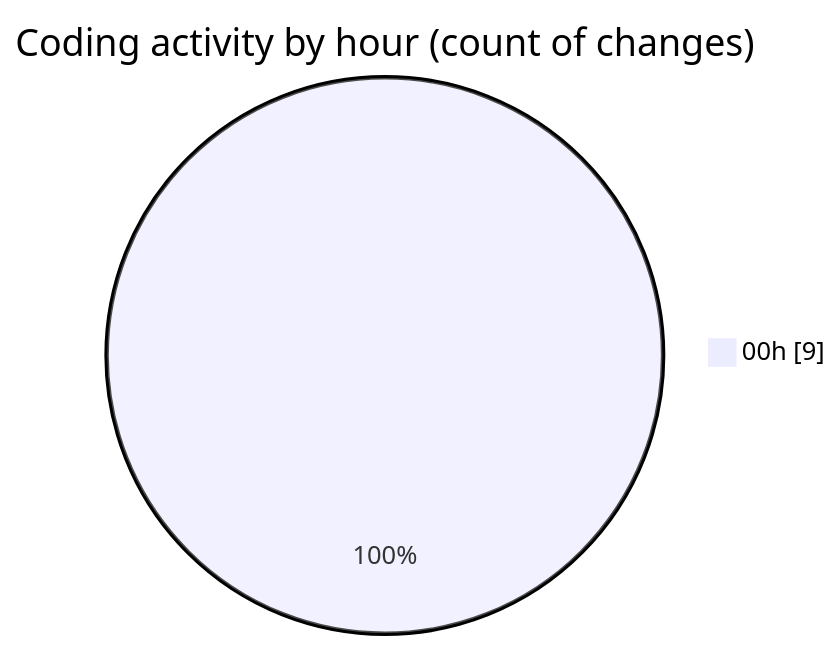
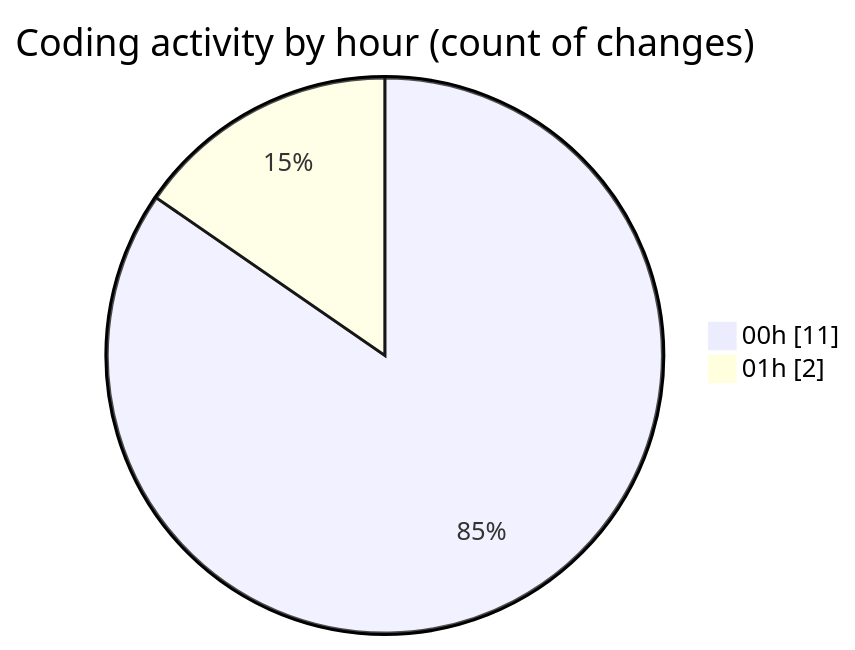
One commit to 3Nya3/code-tracking changed the second of 2 diagrams in 2025-01-02/mods/README.md. Above: the diagram before and after it, drawn with Mermaid. The commit also changed other lines of this file and 1 other file, not shown here.

````diff
--- a/2025-01-02/mods/README.md
+++ b/2025-01-02/mods/README.md
@@ -28,5 +28,6 @@
 ```mermaid
 pie showData
 title Coding activity by hour (count of changes)
-"00h" : 9
+"00h" : 11
+"01h" : 2
 ```
````
